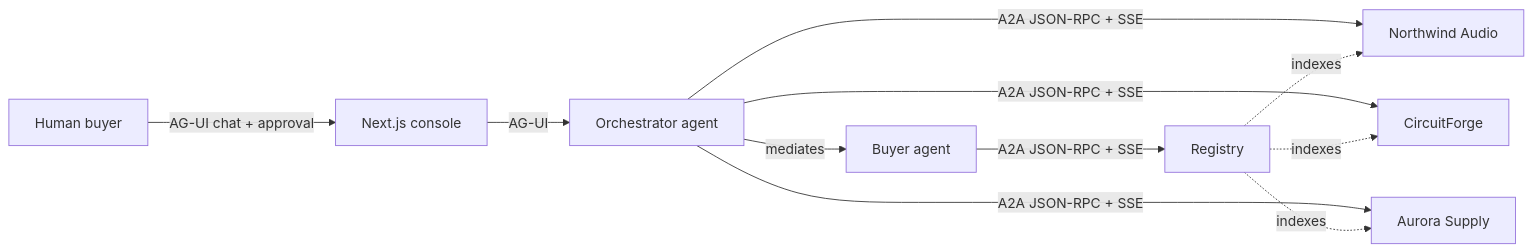
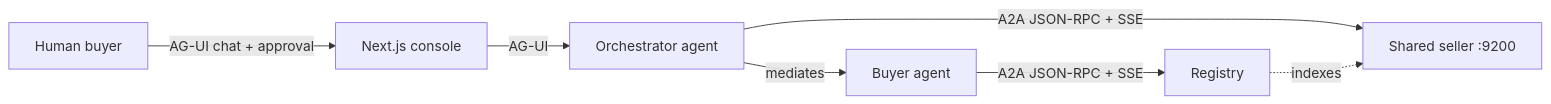
Before and after one commit to TheGreatBonnie/verifund-commerce-platform: the diagram in README.md, drawn with Mermaid. The commit also changed other lines of this file and 1 other file, not shown here.

Commit message:
docs(shared-a2a): update README and mark spec implemented

````diff
--- a/README.md
+++ b/README.md
@@ -26,13 +27,9 @@
 ```mermaid
 flowchart LR
   Human[Human buyer] -->|AG-UI chat + approval| Console[Next.js console]
   Console -->|AG-UI| Orchestrator[Orchestrator agent]
   Orchestrator -->|mediates| Buyer[Buyer agent]
   Buyer -->|A2A JSON-RPC + SSE| Registry[Registry]
-  Orchestrator -->|A2A JSON-RPC + SSE| Northwind[Northwind Audio]
-  Orchestrator -->|A2A JSON-RPC + SSE| CircuitForge[CircuitForge]
-  Orchestrator -->|A2A JSON-RPC + SSE| Aurora[Aurora Supply]
-  Registry -. indexes .-> Northwind
-  Registry -. indexes .-> CircuitForge
-  Registry -. indexes .-> Aurora
+  Orchestrator -->|A2A JSON-RPC + SSE| Sellers[Shared seller :9200]
+  Registry -. indexes .-> Sellers
 ```
````
